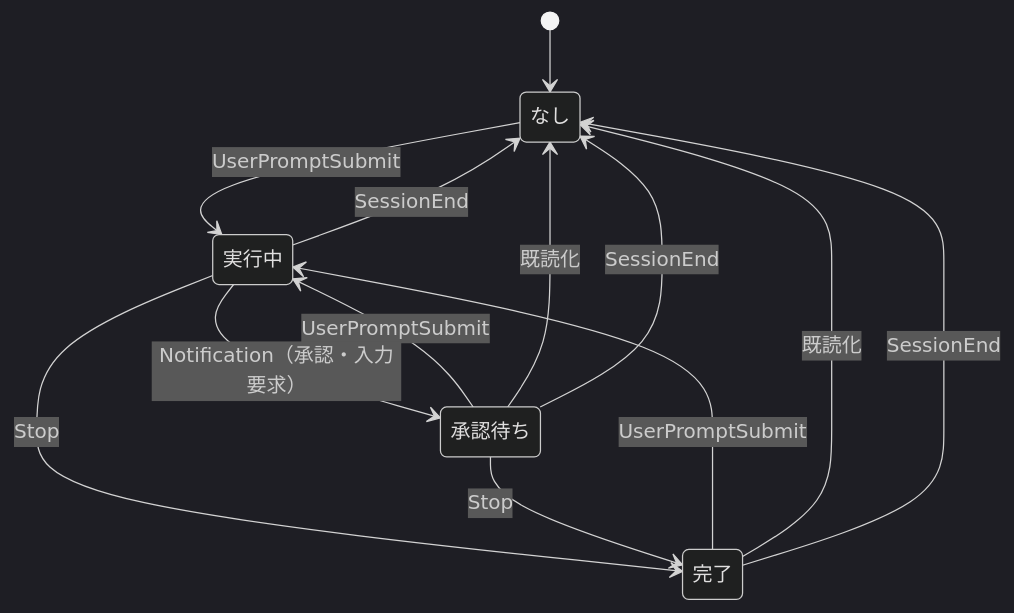
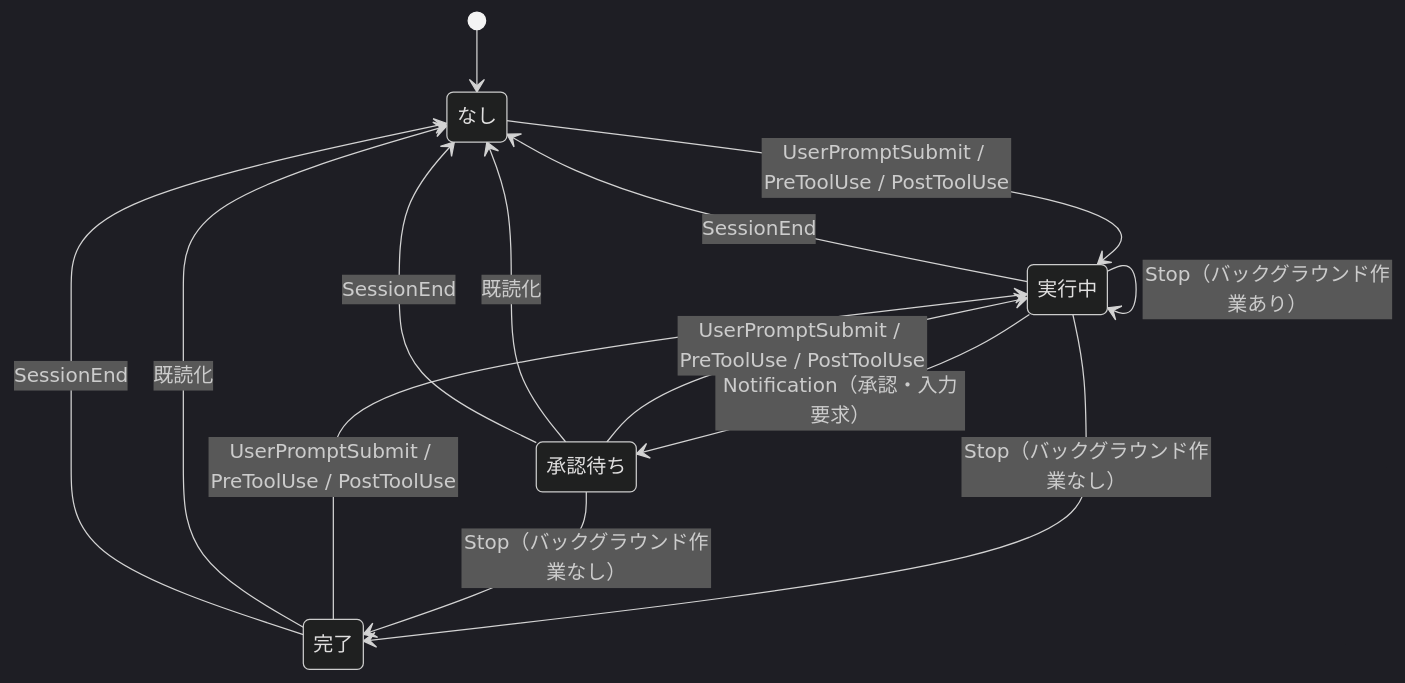
The diagram in docs/tmux-claude-status.md (roamer7038/dotfiles), drawn with Mermaid (dark theme) before and after one commit. The commit also changed other lines of this file, not shown here.

````diff
--- a/docs/tmux-claude-status.md
+++ b/docs/tmux-claude-status.md
@@ -108,20 +117,21 @@
 ```mermaid
 stateDiagram-v2
     state "なし" as none
     state "実行中" as running
     state "承認待ち" as waiting
     state "完了" as done
 
     [*] --> none
-    none --> running: UserPromptSubmit
-    done --> running: UserPromptSubmit
-    waiting --> running: UserPromptSubmit
+    none --> running: UserPromptSubmit / PreToolUse / PostToolUse
+    done --> running: UserPromptSubmit / PreToolUse / PostToolUse
+    waiting --> running: UserPromptSubmit / PreToolUse / PostToolUse
     running --> waiting: Notification（承認・入力要求）
-    running --> done: Stop
-    waiting --> done: Stop
+    running --> done: Stop（バックグラウンド作業なし）
+    waiting --> done: Stop（バックグラウンド作業なし）
+    running --> running: Stop（バックグラウンド作業あり）
     waiting --> none: 既読化
     done --> none: 既読化
     running --> none: SessionEnd
     waiting --> none: SessionEnd
     done --> none: SessionEnd
 ```
````
